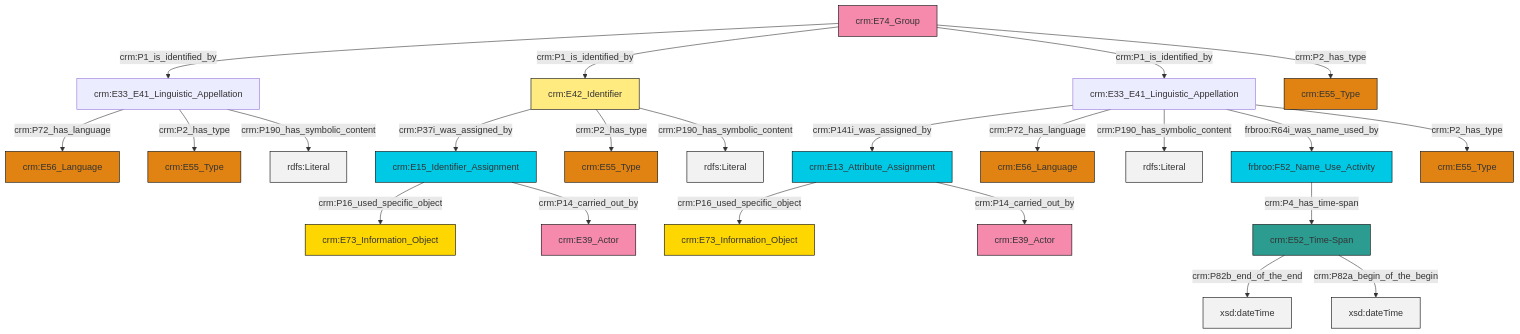
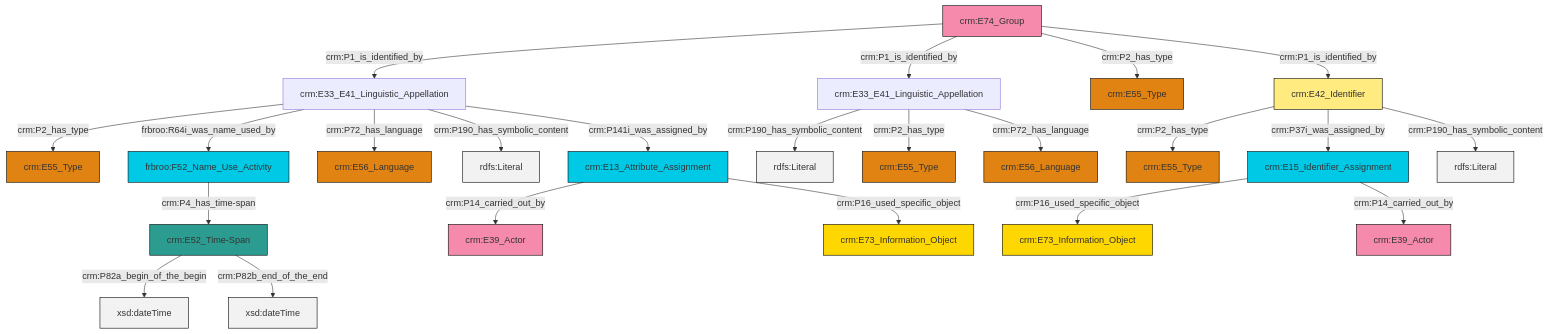
The diagram in et/groupCSV/ttl/mmd/group_name.ttl.mmd (swiss-art-research-net/reference-data-models), drawn with Mermaid before and after one commit. The commit also changed 126 other files, not shown here.

```diff
--- a/et/groupCSV/ttl/mmd/group_name.ttl.mmd
+++ b/et/groupCSV/ttl/mmd/group_name.ttl.mmd
@@ -1,37 +1,37 @@
 graph TD
 classDef Literal fill:#f2f2f2,stroke:#000000;
 classDef CRM_Entity fill:#FFFFFF,stroke:#000000;
 classDef Temporal_Entity fill:#00C9E6, stroke:#000000;
 classDef Type fill:#E18312, stroke:#000000;
 classDef Time-Span fill:#2C9C91, stroke:#000000;
 classDef Appellation fill:#FFEB7F, stroke:#000000;
 classDef Place fill:#008836, stroke:#000000;
 classDef Persistent_Item fill:#B266B2, stroke:#000000;
 classDef Conceptual_Object fill:#FFD700, stroke:#000000;
 classDef Physical_Thing fill:#D2B48C, stroke:#000000;
 classDef Actor fill:#f58aad, stroke:#000000;
 classDef PC_Classes fill:#4ce600, stroke:#000000;
 classDef Multi fill:#cccccc,stroke:#000000;
 
-0["crm:E74_Group"]:::Actor -->|crm:P1_is_identified_by| 1["crm:E33_E41_Linguistic_Appellation"]:::Default
-4["crm:E13_Attribute_Assignment"]:::Temporal_Entity -->|crm:P16_used_specific_object| 5["crm:E73_Information_Object"]:::Conceptual_Object
-4["crm:E13_Attribute_Assignment"]:::Temporal_Entity -->|crm:P14_carried_out_by| 6["crm:E39_Actor"]:::Actor
-14["crm:E42_Identifier"]:::Appellation -->|crm:P37i_was_assigned_by| 15["crm:E15_Identifier_Assignment"]:::Temporal_Entity
-12["crm:E33_E41_Linguistic_Appellation"]:::Default -->|crm:P141i_was_assigned_by| 4["crm:E13_Attribute_Assignment"]:::Temporal_Entity
-14["crm:E42_Identifier"]:::Appellation -->|crm:P2_has_type| 17["crm:E55_Type"]:::Type
-1["crm:E33_E41_Linguistic_Appellation"]:::Default -->|crm:P72_has_language| 19["crm:E56_Language"]:::Type
-1["crm:E33_E41_Linguistic_Appellation"]:::Default -->|crm:P2_has_type| 2["crm:E55_Type"]:::Type
-15["crm:E15_Identifier_Assignment"]:::Temporal_Entity -->|crm:P16_used_specific_object| 9["crm:E73_Information_Object"]:::Conceptual_Object
-0["crm:E74_Group"]:::Actor -->|crm:P1_is_identified_by| 14["crm:E42_Identifier"]:::Appellation
-12["crm:E33_E41_Linguistic_Appellation"]:::Default -->|crm:P72_has_language| 7["crm:E56_Language"]:::Type
-12["crm:E33_E41_Linguistic_Appellation"]:::Default -->|crm:P190_has_symbolic_content| 30[rdfs:Literal]:::Literal
-0["crm:E74_Group"]:::Actor -->|crm:P1_is_identified_by| 12["crm:E33_E41_Linguistic_Appellation"]:::Default
-15["crm:E15_Identifier_Assignment"]:::Temporal_Entity -->|crm:P14_carried_out_by| 28["crm:E39_Actor"]:::Actor
-0["crm:E74_Group"]:::Actor -->|crm:P2_has_type| 32["crm:E55_Type"]:::Type
-1["crm:E33_E41_Linguistic_Appellation"]:::Default -->|crm:P190_has_symbolic_content| 35[rdfs:Literal]:::Literal
-12["crm:E33_E41_Linguistic_Appellation"]:::Default -->|frbroo:R64i_was_name_used_by| 36["frbroo:F52_Name_Use_Activity"]:::Temporal_Entity
-22["crm:E52_Time-Span"]:::Time-Span -->|crm:P82b_end_of_the_end| 37[xsd:dateTime]:::Literal
-14["crm:E42_Identifier"]:::Appellation -->|crm:P190_has_symbolic_content| 38[rdfs:Literal]:::Literal
-36["frbroo:F52_Name_Use_Activity"]:::Temporal_Entity -->|crm:P4_has_time-span| 22["crm:E52_Time-Span"]:::Time-Span
-22["crm:E52_Time-Span"]:::Time-Span -->|crm:P82a_begin_of_the_begin| 41[xsd:dateTime]:::Literal
-12["crm:E33_E41_Linguistic_Appellation"]:::Default -->|crm:P2_has_type| 25["crm:E55_Type"]:::Type
+0["crm:E33_E41_Linguistic_Appellation"]:::Default -->|crm:P190_has_symbolic_content| 4[rdfs:Literal]:::Literal
+8["crm:E33_E41_Linguistic_Appellation"]:::Default -->|crm:P2_has_type| 9["crm:E55_Type"]:::Type
+8["crm:E33_E41_Linguistic_Appellation"]:::Default -->|frbroo:R64i_was_name_used_by| 10["frbroo:F52_Name_Use_Activity"]:::Temporal_Entity
+13["crm:E74_Group"]:::Actor -->|crm:P1_is_identified_by| 8["crm:E33_E41_Linguistic_Appellation"]:::Default
+8["crm:E33_E41_Linguistic_Appellation"]:::Default -->|crm:P72_has_language| 6["crm:E56_Language"]:::Type
+10["frbroo:F52_Name_Use_Activity"]:::Temporal_Entity -->|crm:P4_has_time-span| 17["crm:E52_Time-Span"]:::Time-Span
+19["crm:E42_Identifier"]:::Appellation -->|crm:P2_has_type| 20["crm:E55_Type"]:::Type
+8["crm:E33_E41_Linguistic_Appellation"]:::Default -->|crm:P190_has_symbolic_content| 21[rdfs:Literal]:::Literal
+8["crm:E33_E41_Linguistic_Appellation"]:::Default -->|crm:P141i_was_assigned_by| 22["crm:E13_Attribute_Assignment"]:::Temporal_Entity
+17["crm:E52_Time-Span"]:::Time-Span -->|crm:P82a_begin_of_the_begin| 23[xsd:dateTime]:::Literal
+24["crm:E15_Identifier_Assignment"]:::Temporal_Entity -->|crm:P16_used_specific_object| 25["crm:E73_Information_Object"]:::Conceptual_Object
+17["crm:E52_Time-Span"]:::Time-Span -->|crm:P82b_end_of_the_end| 29[xsd:dateTime]:::Literal
+22["crm:E13_Attribute_Assignment"]:::Temporal_Entity -->|crm:P14_carried_out_by| 14["crm:E39_Actor"]:::Actor
+13["crm:E74_Group"]:::Actor -->|crm:P1_is_identified_by| 0["crm:E33_E41_Linguistic_Appellation"]:::Default
+13["crm:E74_Group"]:::Actor -->|crm:P2_has_type| 34["crm:E55_Type"]:::Type
+19["crm:E42_Identifier"]:::Appellation -->|crm:P37i_was_assigned_by| 24["crm:E15_Identifier_Assignment"]:::Temporal_Entity
+13["crm:E74_Group"]:::Actor -->|crm:P1_is_identified_by| 19["crm:E42_Identifier"]:::Appellation
+19["crm:E42_Identifier"]:::Appellation -->|crm:P190_has_symbolic_content| 35[rdfs:Literal]:::Literal
+22["crm:E13_Attribute_Assignment"]:::Temporal_Entity -->|crm:P16_used_specific_object| 37["crm:E73_Information_Object"]:::Conceptual_Object
+0["crm:E33_E41_Linguistic_Appellation"]:::Default -->|crm:P2_has_type| 2["crm:E55_Type"]:::Type
+24["crm:E15_Identifier_Assignment"]:::Temporal_Entity -->|crm:P14_carried_out_by| 27["crm:E39_Actor"]:::Actor
+0["crm:E33_E41_Linguistic_Appellation"]:::Default -->|crm:P72_has_language| 11["crm:E56_Language"]:::Type
```
